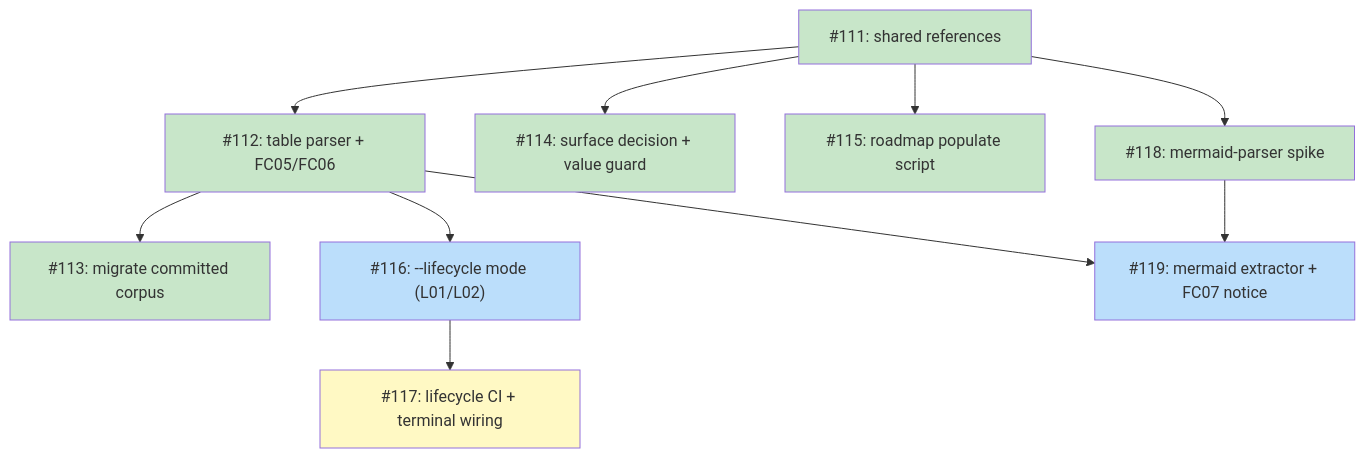
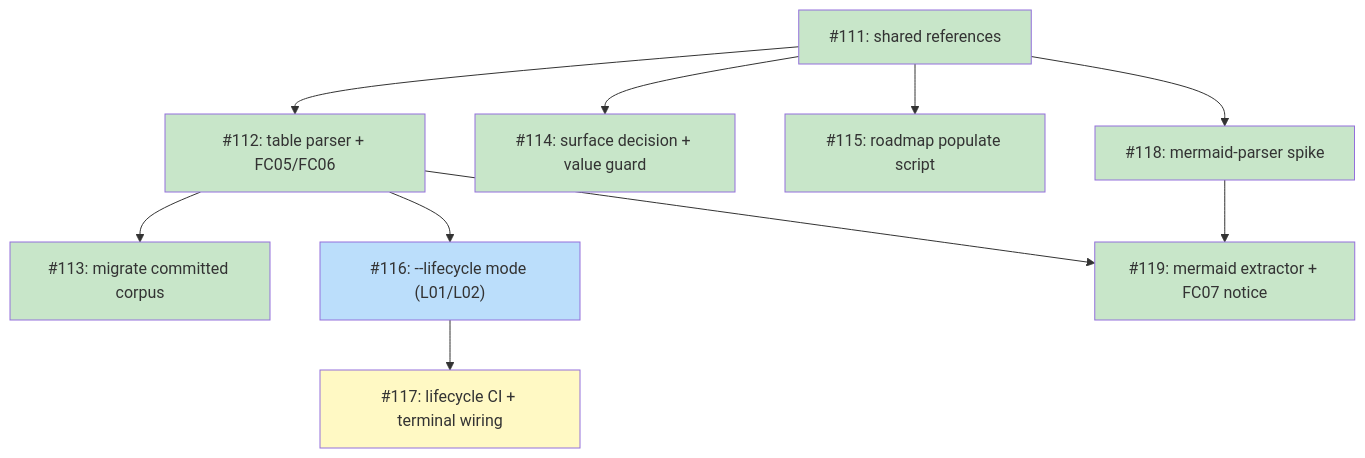
One commit to tsukumogami/shirabe changed the diagram in docs/plans/PLAN-roadmap-plan-standardization.md. Above: the diagram before and after it, drawn with Mermaid. The commit also changed other lines of this file, not shown here.

Commit message:
docs(plan): strike #119 done and recompute dep graph after fc07 land

````diff
--- a/docs/plans/PLAN-roadmap-plan-standardization.md
+++ b/docs/plans/PLAN-roadmap-plan-standardization.md
@@ -87,36 +87,36 @@
 ```mermaid
 graph TD
     I111["#111: shared references"]
     I112["#112: table parser + FC05/FC06"]
     I113["#113: migrate committed corpus"]
     I114["#114: surface decision + value guard"]
     I115["#115: roadmap populate script"]
     I116["#116: --lifecycle mode (L01/L02)"]
     I117["#117: lifecycle CI + terminal wiring"]
     I118["#118: mermaid-parser spike"]
     I119["#119: mermaid extractor + FC07 notice"]
 
     I111 --> I112
     I111 --> I114
     I111 --> I115
     I111 --> I118
     I112 --> I113
     I112 --> I116
     I112 --> I119
     I116 --> I117
     I118 --> I119
 
     classDef done fill:#c8e6c9
     classDef ready fill:#bbdefb
     classDef blocked fill:#fff9c4
     classDef needsDesign fill:#e1bee7
     classDef needsPrd fill:#b3e5fc
     classDef needsSpike fill:#ffcdd2
     classDef needsDecision fill:#d1c4e9
     classDef tracksDesign fill:#FFE0B2,stroke:#F57C00,color:#000
     classDef tracksPlan fill:#FFE0B2,stroke:#F57C00,color:#000
 
-    class I111,I112,I113,I114,I115,I118 done
-    class I116,I119 ready
+    class I111,I112,I113,I114,I115,I118,I119 done
+    class I116 ready
     class I117 blocked
 ```
````
